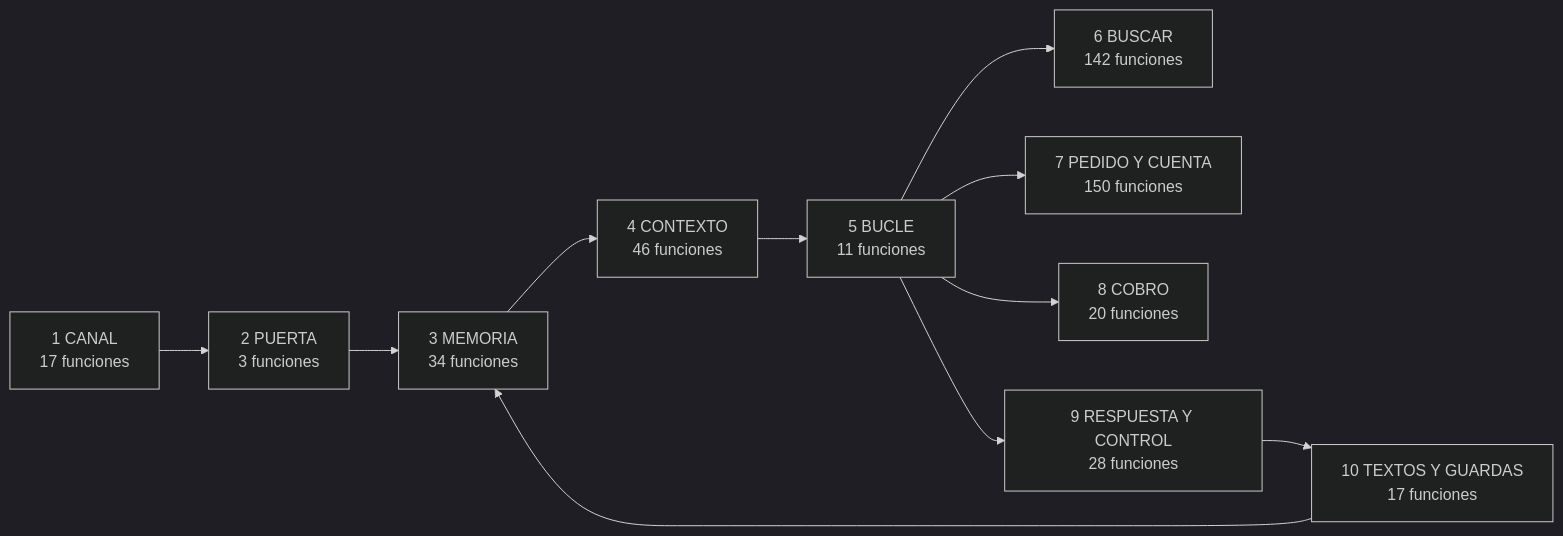
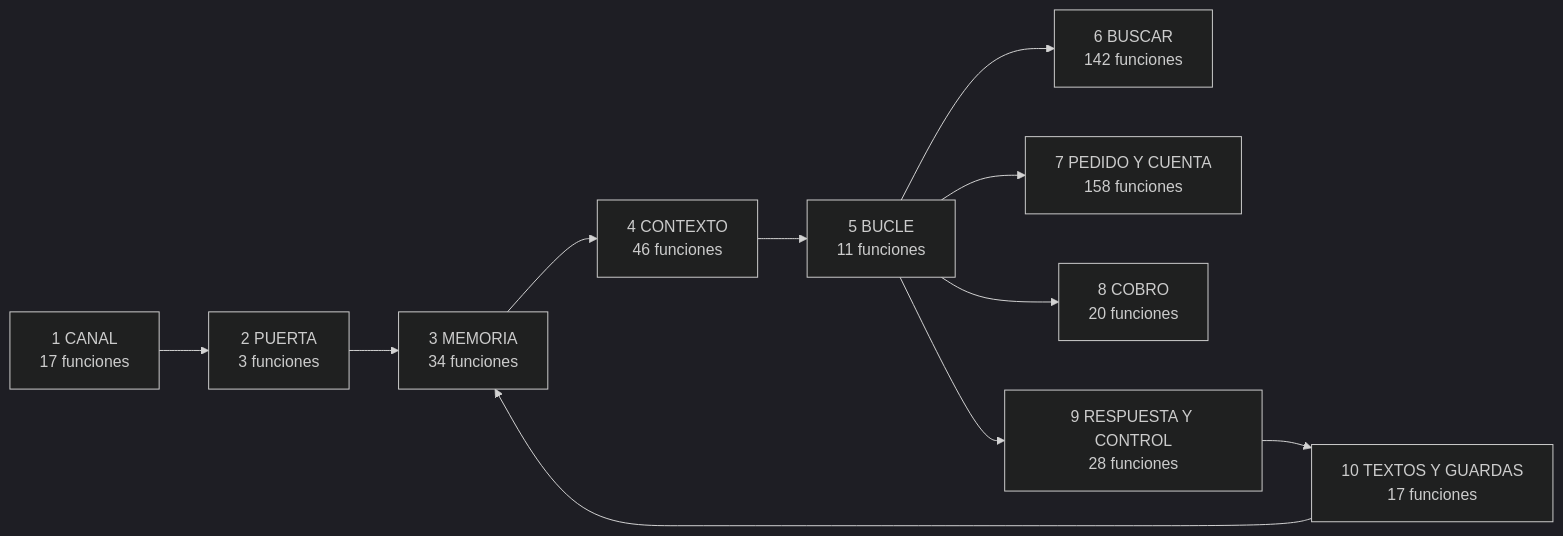
The diagram in arquitectura/DIAGRAMA_FLUJO.md (martinrf79/Verifika), drawn with Mermaid (dark theme) before and after one commit. The commit also changed other lines of this file and 10 other files, not shown here.

````diff
--- a/arquitectura/DIAGRAMA_FLUJO.md
+++ b/arquitectura/DIAGRAMA_FLUJO.md
@@ -11,20 +11,20 @@
 ```mermaid
 flowchart LR
   C1["1 CANAL<br/>17 funciones"]
   C2["2 PUERTA<br/>3 funciones"]
   C3["3 MEMORIA<br/>34 funciones"]
   C4["4 CONTEXTO<br/>46 funciones"]
   C5["5 BUCLE<br/>11 funciones"]
   C6["6 BUSCAR<br/>142 funciones"]
-  C7["7 PEDIDO Y CUENTA<br/>150 funciones"]
+  C7["7 PEDIDO Y CUENTA<br/>158 funciones"]
   C8["8 COBRO<br/>20 funciones"]
   C9["9 RESPUESTA Y CONTROL<br/>28 funciones"]
   C10["10 TEXTOS Y GUARDAS<br/>17 funciones"]
   C1 --> C2 --> C3 --> C4 --> C5
   C5 --> C6
   C5 --> C7
   C5 --> C8
   C5 --> C9
   C9 --> C10
   C10 --> C3
 ```
````
